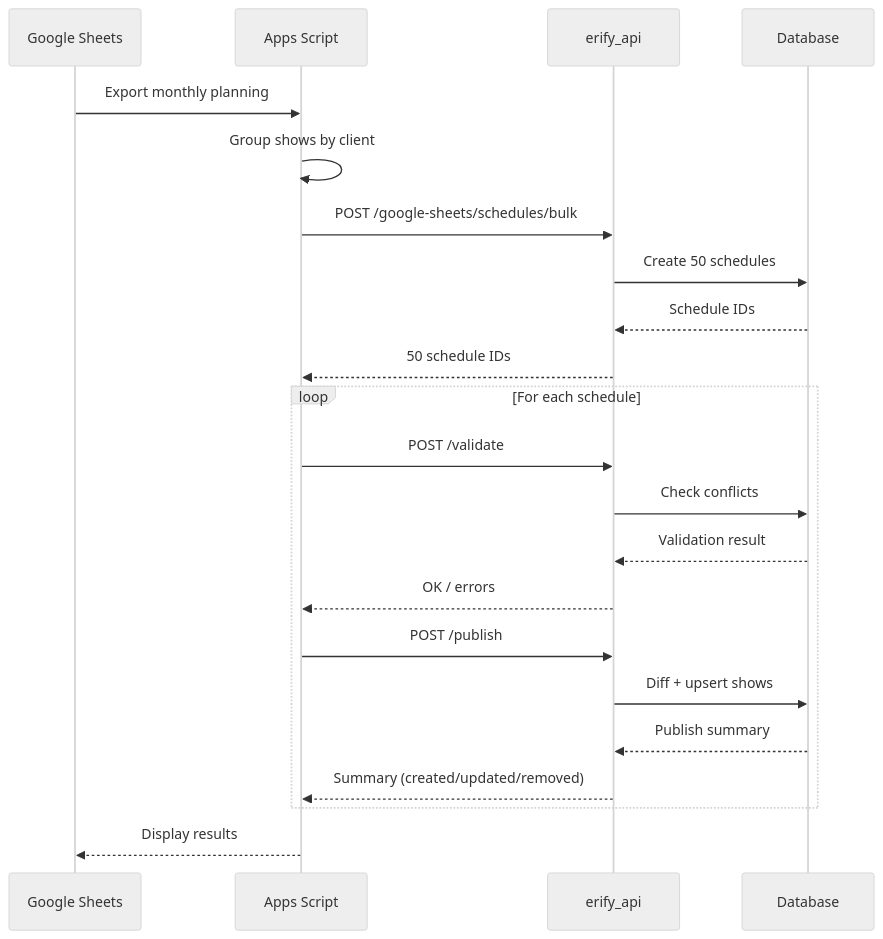
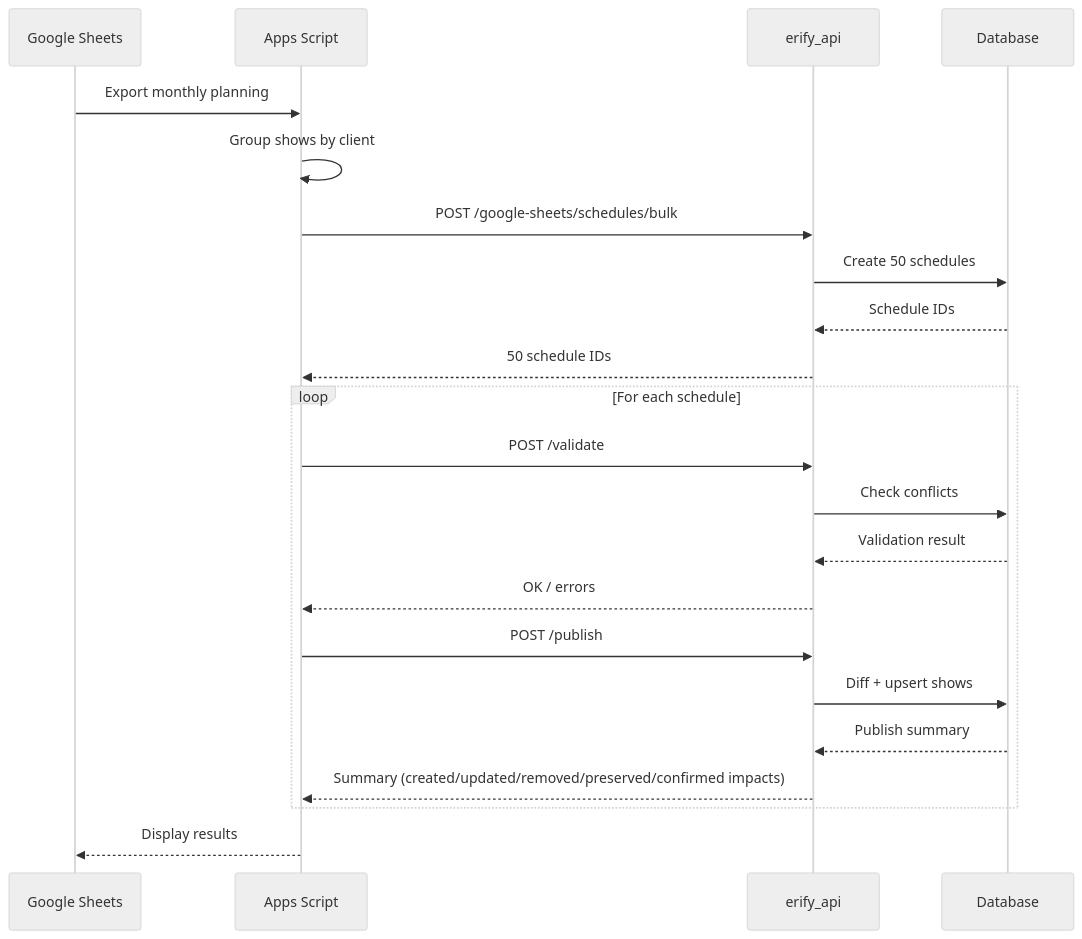
One commit to allenlin90/eridu-services changed the second of 2 diagrams in apps/erify_api/docs/SCHEDULE_PLANNING.md. Above: the diagram before and after it, drawn with Mermaid (neutral theme). The commit also changed other lines of this file and 37 other files, not shown here.

````diff
--- a/apps/erify_api/docs/SCHEDULE_PLANNING.md
+++ b/apps/erify_api/docs/SCHEDULE_PLANNING.md
@@ -182,29 +182,29 @@
 ```mermaid
 sequenceDiagram
     participant GS as Google Sheets
     participant GAS as Apps Script
     participant API as erify_api
     participant DB as Database
 
     GS->>GAS: Export monthly planning
     GAS->>GAS: Group shows by client
 
     GAS->>API: POST /google-sheets/schedules/bulk
     API->>DB: Create 50 schedules
     DB-->>API: Schedule IDs
     API-->>GAS: 50 schedule IDs
 
     loop For each schedule
         GAS->>API: POST /validate
         API->>DB: Check conflicts
         DB-->>API: Validation result
         API-->>GAS: OK / errors
 
         GAS->>API: POST /publish
         API->>DB: Diff + upsert shows
         DB-->>API: Publish summary
-        API-->>GAS: Summary (created/updated/removed)
+        API-->>GAS: Summary (created/updated/removed/preserved/confirmed impacts)
     end
 
     GAS-->>GS: Display results
 ```
````
